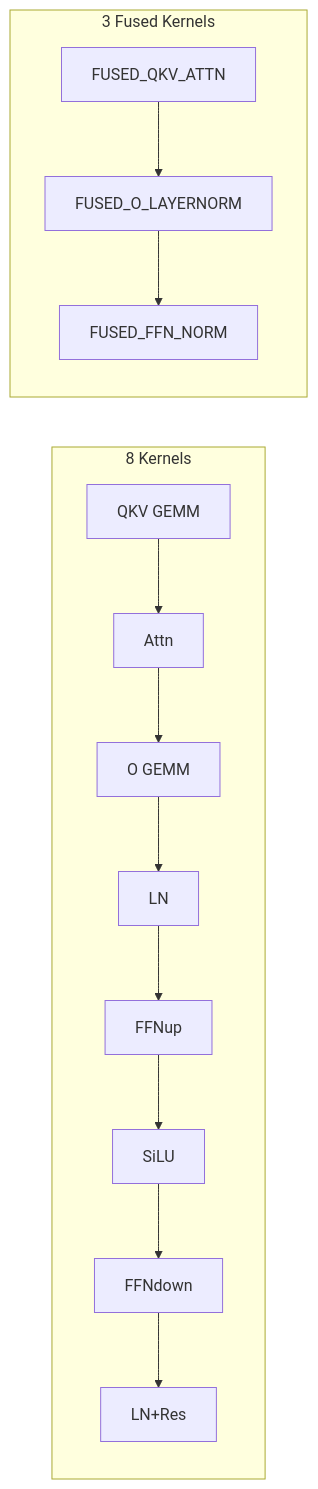
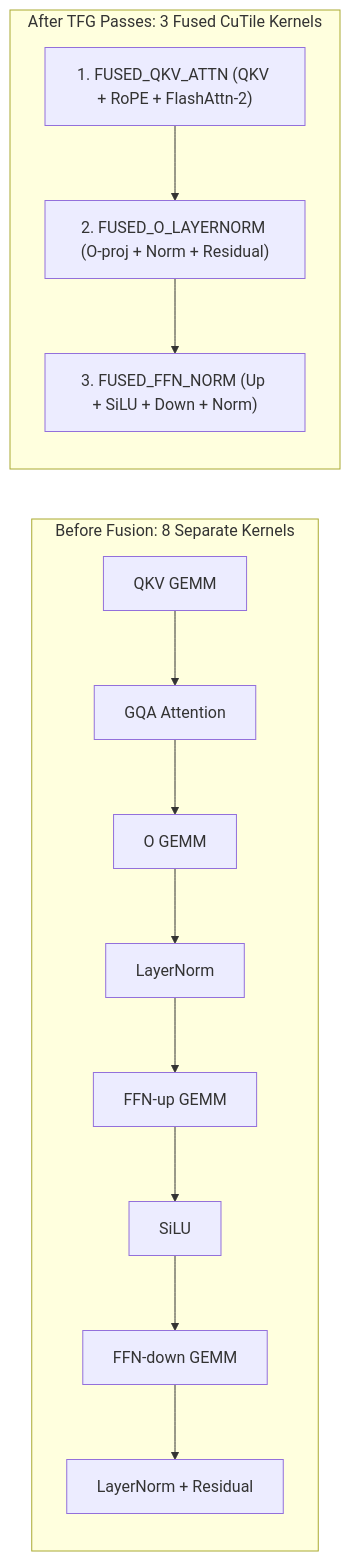
The third of 3 diagrams in docs/ARCHITECTURE.md (samudragupto/cutile-forge), drawn with Mermaid before and after one commit. The commit also changed other lines of this file and 3 other files, not shown here.

Commit message:
docs: fix Mermaid syntax in ARCHITECTURE.md and README.md, use real PowerShell CLI output

````diff
--- a/docs/ARCHITECTURE.md
+++ b/docs/ARCHITECTURE.md
@@ -31,9 +45,21 @@
 ```mermaid
-graph LR
-    subgraph Before[8 Kernels]
-        K1[QKV GEMM]-->K2[Attn]-->K3[O GEMM]-->K4[LN]-->K5[FFNup]-->K6[SiLU]-->K7[FFNdown]-->K8[LN+Res]
+flowchart LR
+    subgraph Before["Before Fusion: 8 Separate Kernels"]
+        direction TB
+        K1["QKV GEMM"] --> K2["GQA Attention"]
+        K2 --> K3["O GEMM"]
+        K3 --> K4["LayerNorm"]
+        K4 --> K5["FFN-up GEMM"]
+        K5 --> K6["SiLU"]
+        K6 --> K7["FFN-down GEMM"]
+        K7 --> K8["LayerNorm + Residual"]
     end
-    subgraph After[3 Fused Kernels]
-        F1[FUSED_QKV_ATTN]-->F2[FUSED_O_LAYERNORM]-->F3[FUSED_FFN_NORM]
+
+    subgraph After["After TFG Passes: 3 Fused CuTile Kernels"]
+        direction TB
+        F1["1. FUSED_QKV_ATTN (QKV + RoPE + FlashAttn-2)"]
+        F2["2. FUSED_O_LAYERNORM (O-proj + Norm + Residual)"]
+        F3["3. FUSED_FFN_NORM (Up + SiLU + Down + Norm)"]
+        F1 --> F2 --> F3
     end
 ```
````
